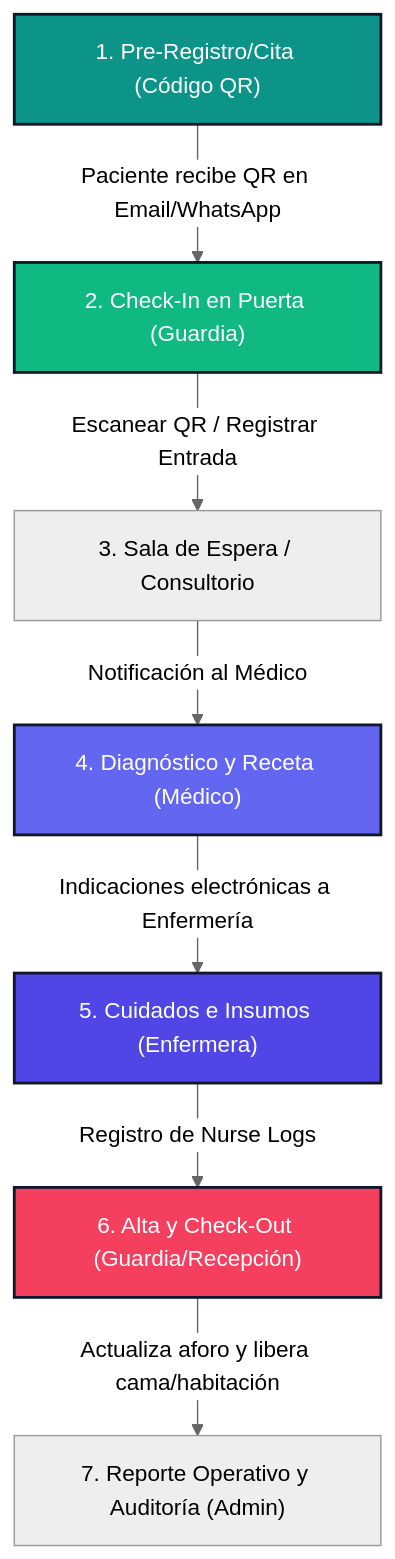
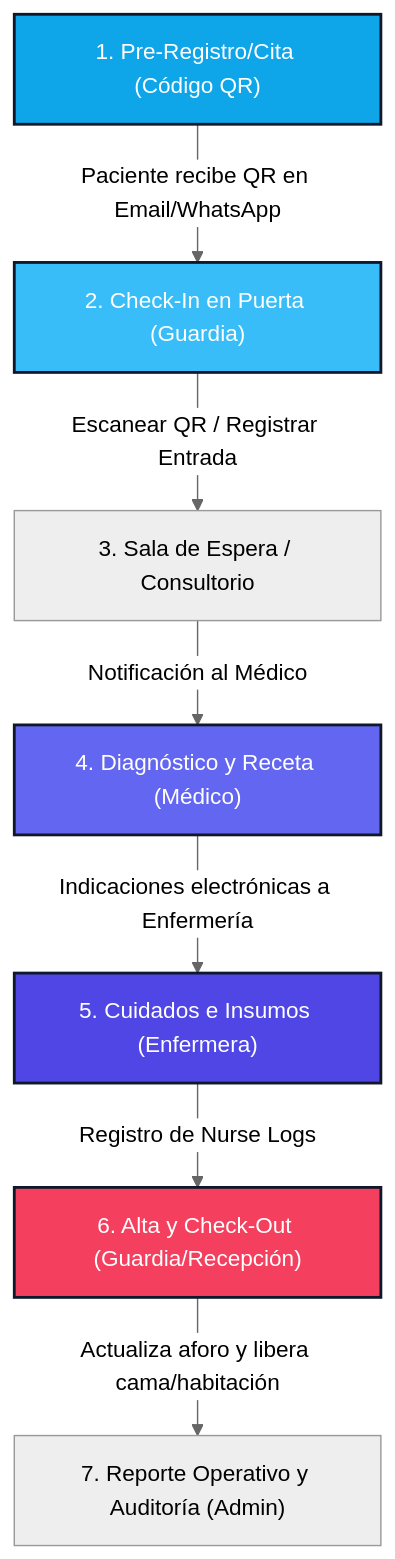
One commit to Aencor/aozora-careflow changed the diagram in public/PRODUCT_SHOWCASE_SALES_KIT.md. Above: the diagram before and after it, drawn with Mermaid (neutral theme). The commit also changed other lines of this file and 6 other files, not shown here.

Commit message:
feat: rebrand project to Aozora Care-Flow and add deeply moving storytelling about medical safety mission

````diff
--- a/public/PRODUCT_SHOWCASE_SALES_KIT.md
+++ b/public/PRODUCT_SHOWCASE_SALES_KIT.md
@@ -64,15 +75,15 @@
 ```mermaid
 graph TD
     A["1. Pre-Registro/Cita (Código QR)"] -->|Paciente recibe QR en Email/WhatsApp| B["2. Check-In en Puerta (Guardia)"]
     B -->|Escanear QR / Registrar Entrada| C["3. Sala de Espera / Consultorio"]
     C -->|Notificación al Médico| D["4. Diagnóstico y Receta (Médico)"]
     D -->|Indicaciones electrónicas a Enfermería| E["5. Cuidados e Insumos (Enfermera)"]
     E -->|Registro de Nurse Logs| F["6. Alta y Check-Out (Guardia/Recepción)"]
     F -->|Actualiza aforo y libera cama/habitación| G["7. Reporte Operativo y Auditoría (Admin)"]
     
-    style A fill:#0d9488,stroke:#0f172a,stroke-width:2px,color:#fff
-    style B fill:#10b981,stroke:#0f172a,stroke-width:2px,color:#fff
+    style A fill:#0ea5e9,stroke:#0f172a,stroke-width:2px,color:#fff
+    style B fill:#38bdf8,stroke:#0f172a,stroke-width:2px,color:#fff
     style D fill:#6366f1,stroke:#0f172a,stroke-width:2px,color:#fff
     style E fill:#4f46e5,stroke:#0f172a,stroke-width:2px,color:#fff
     style F fill:#f43f5e,stroke:#0f172a,stroke-width:2px,color:#fff
 ```
````
